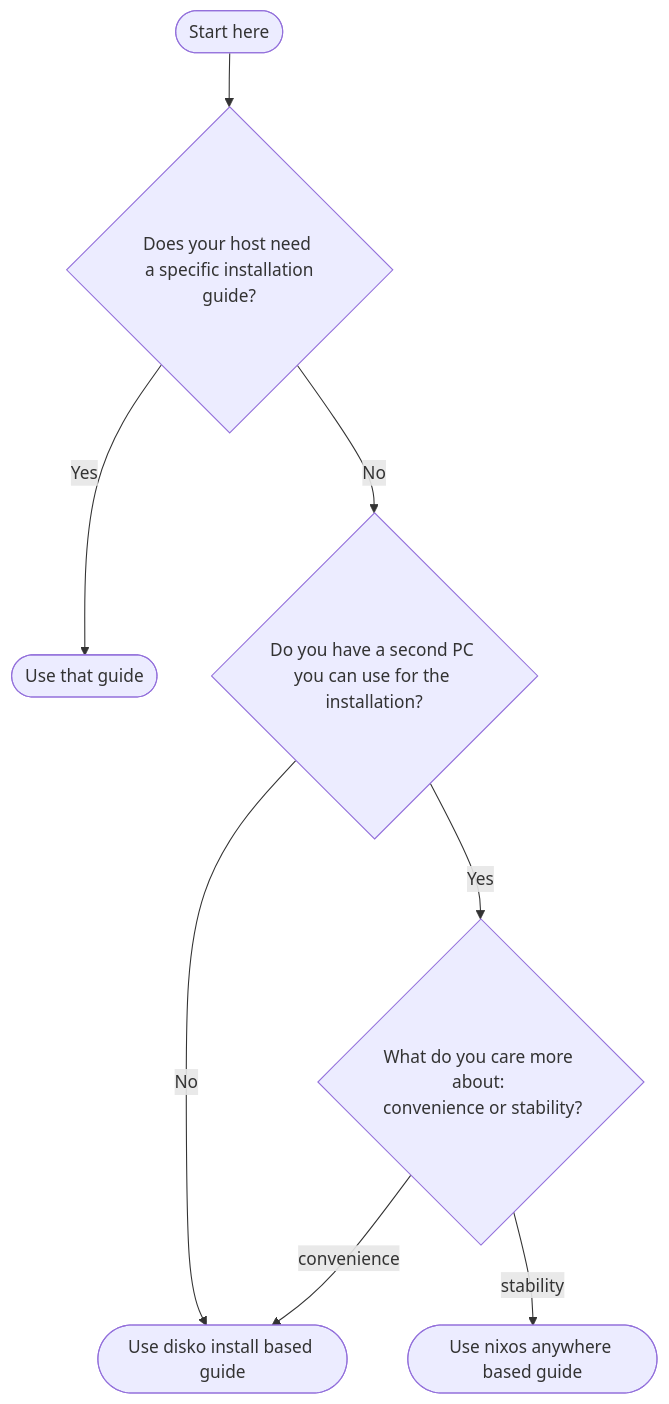
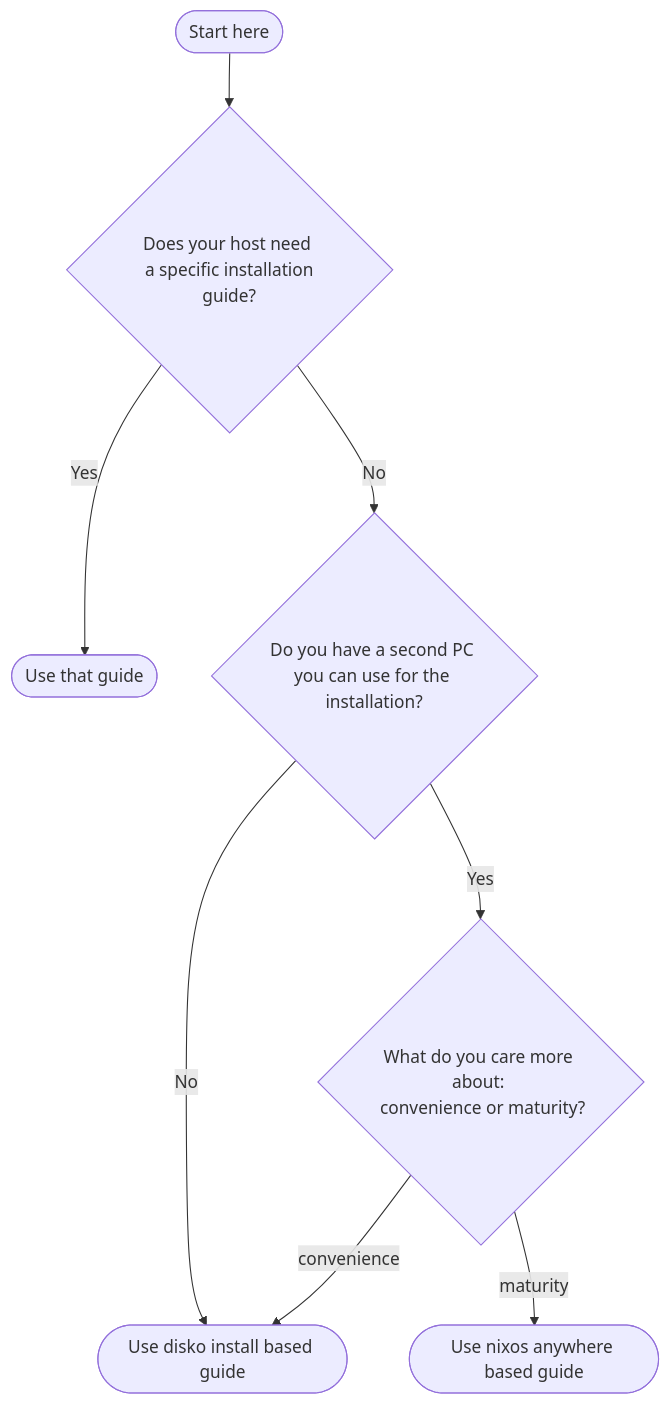
Before and after one commit to First-Non-Interesting-Username/NixOS-config: the diagram in docs/install-guides.md, drawn with Mermaid. The commit also changed 1 other file, not shown here.

Commit message:
docs: add decision tree for host creation

````diff
--- a/docs/install-guides.md
+++ b/docs/install-guides.md
@@ -22,10 +22,10 @@
 ```mermaid
 flowchart TD
   start([Start here]) --> if_host{Does your host need <br/> a specific installation guide?}
   if_host --> |Yes| is_host([Use that guide])
   if_host --> |No| if_two{Do you have a second PC you can use for the installation?}
   if_two --> |No| disko_install([Use disko install based guide])
-  if_two --> |Yes| convenience_or_stability{What do you care more about: <br/> convenience or stability?}
-  convenience_or_stability --> |convenience| disko_install
-  convenience_or_stability --> |stability| nixos_anywhere([Use nixos anywhere based guide])
+  if_two --> |Yes| convenience_or_maturity{What do you care more about: <br/> convenience or maturity?}
+  convenience_or_maturity --> |convenience| disko_install
+  convenience_or_maturity --> |maturity| nixos_anywhere([Use nixos anywhere based guide])
 ```
````
